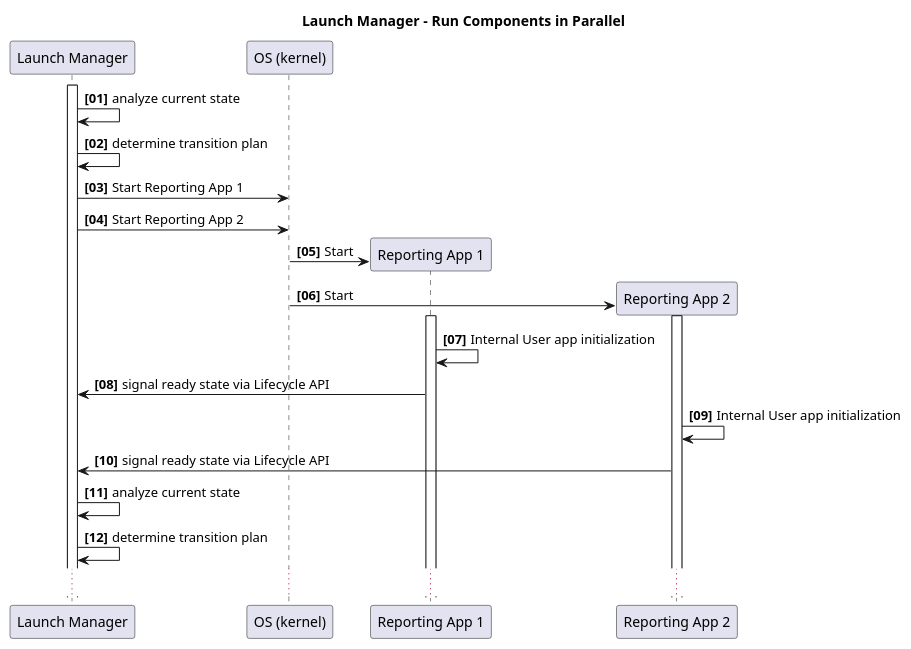
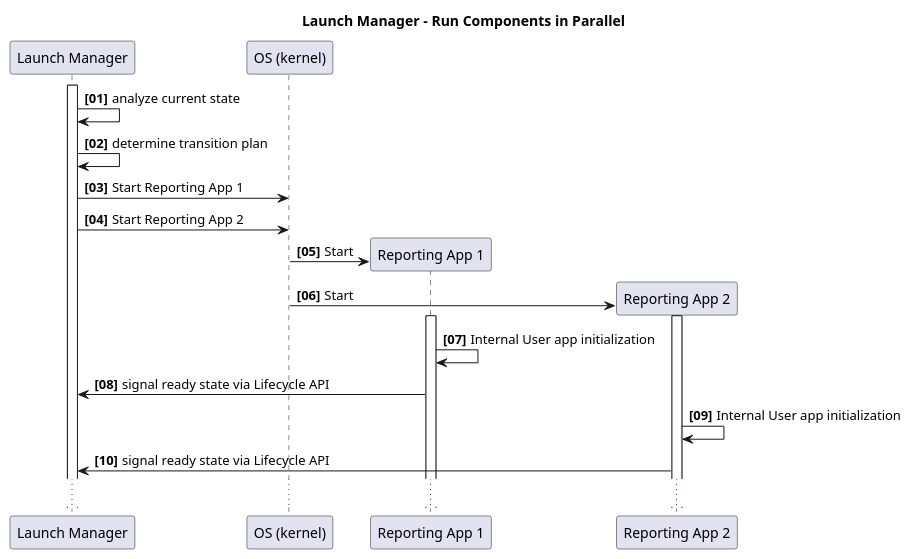
Before and after one commit to eclipse-score/lifecycle: the diagram in docs/features/lifecycle/architecture/_assets/launch_manager_parallel_dep.puml, drawn with PlantUML. The commit also changed 7 other files, not shown here.

```diff
--- a/docs/features/lifecycle/architecture/_assets/launch_manager_parallel_dep.puml
+++ b/docs/features/lifecycle/architecture/_assets/launch_manager_parallel_dep.puml
@@ -14,32 +14,28 @@
 @startuml
 title Launch Manager - Run Components in Parallel
 
 autonumber "<b>[00]"
 
 participant "Launch Manager" as LM
 participant "OS (kernel)" as kernel
 participant "Reporting App 1" as app1
 participant "Reporting App 2" as app2
 activate LM
 
 LM -> LM: analyze current state
 LM -> LM: determine transition plan
 
 LM -> kernel: Start Reporting App 1
 LM -> kernel: Start Reporting App 2
 kernel -> app1 **: Start
 kernel -> app2 **: Start
 
 activate app1
 activate app2
 
 app1 -> app1: Internal User app initialization
 app1 -> LM: signal ready state via Lifecycle API
 app2 -> app2: Internal User app initialization
 app2 -> LM: signal ready state via Lifecycle API
-
-LM -> LM: analyze current state
-LM -> LM: determine transition plan
-
 ...
 @enduml
```
